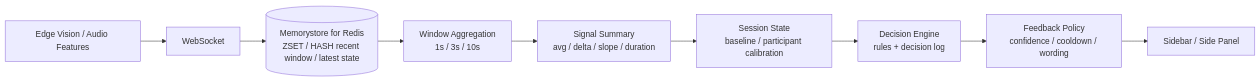
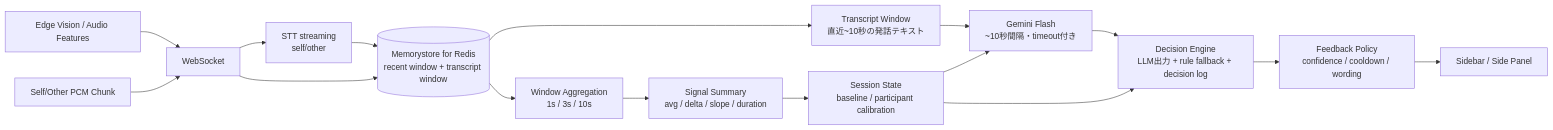
Before and after one commit to k-kanke/reaction-engine: the fifth of 6 diagrams in plan/1st-plan.md, drawn with Mermaid. The commit also changed other lines of this file and 1 other file, not shown here.

````diff
--- a/plan/1st-plan.md
+++ b/plan/1st-plan.md
@@ -375,21 +435,32 @@
 ```mermaid
 flowchart LR
   edge["Edge Vision / Audio Features"]
+  audio["Self/Other PCM Chunk"]
   ws["WebSocket"]
-  recent[("Memorystore for Redis<br/>ZSET / HASH recent window / latest state")]
+  stt["STT streaming<br/>self/other"]
+  recent[("Memorystore for Redis<br/>recent window + transcript window")]
   window["Window Aggregation<br/>1s / 3s / 10s"]
   summary["Signal Summary<br/>avg / delta / slope / duration"]
+  transcriptWindow["Transcript Window<br/>直近~10秒の発話テキスト"]
   state["Session State<br/>baseline / participant calibration"]
-  decision["Decision Engine<br/>rules + decision log"]
+  llm["Gemini Flash<br/>~10秒間隔・timeout付き"]
+  decision["Decision Engine<br/>LLM出力 + rule fallback + decision log"]
   policy["Feedback Policy<br/>confidence / cooldown / wording"]
   ui["Sidebar / Side Panel"]
 
   edge --> ws
+  audio --> ws
+  ws --> stt
+  stt --> recent
   ws --> recent
   recent --> window
+  recent --> transcriptWindow
   window --> summary
   summary --> state
+  transcriptWindow --> llm
+  state --> llm
+  llm --> decision
   state --> decision
   decision --> policy
   policy --> ui
 ```
````
